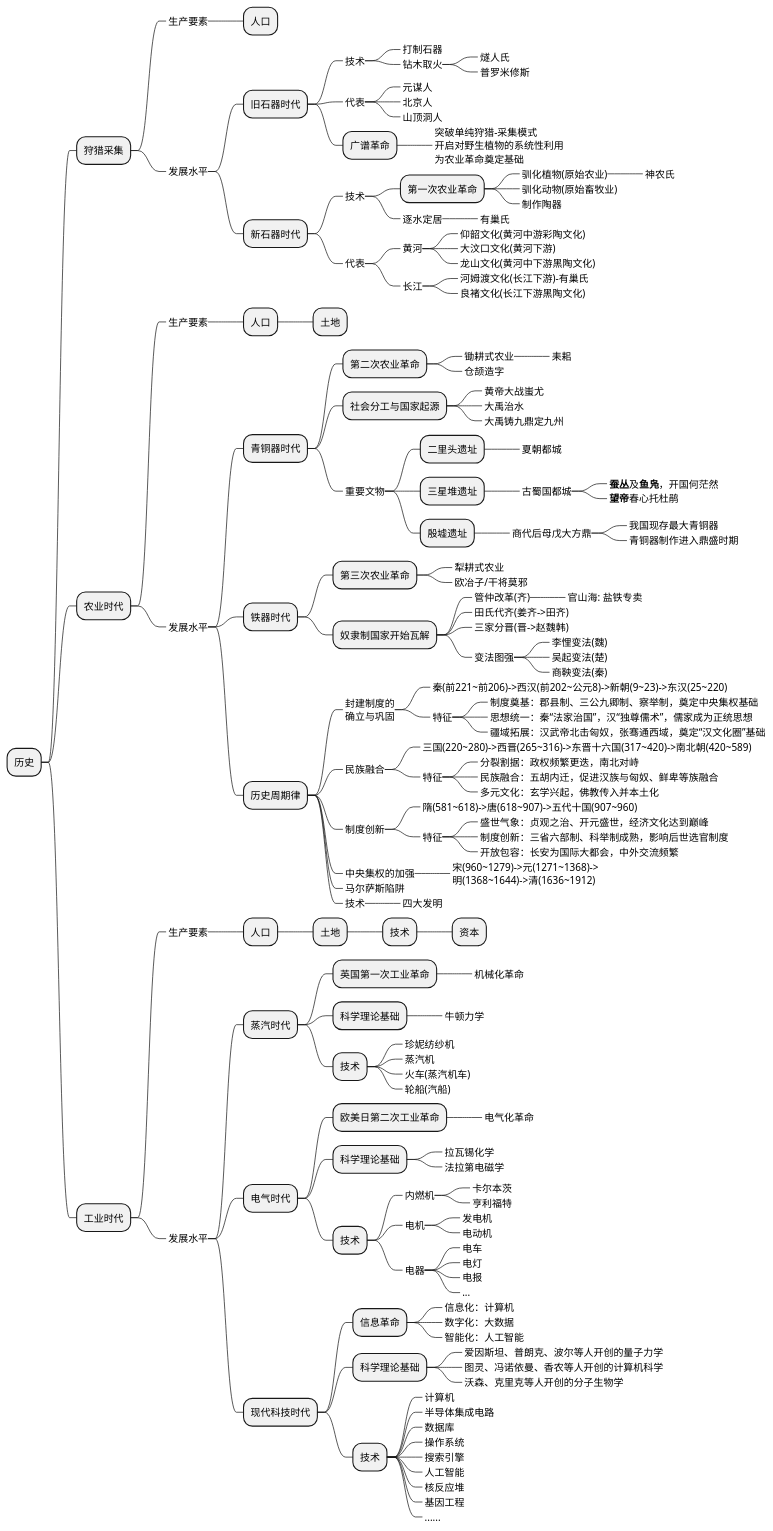
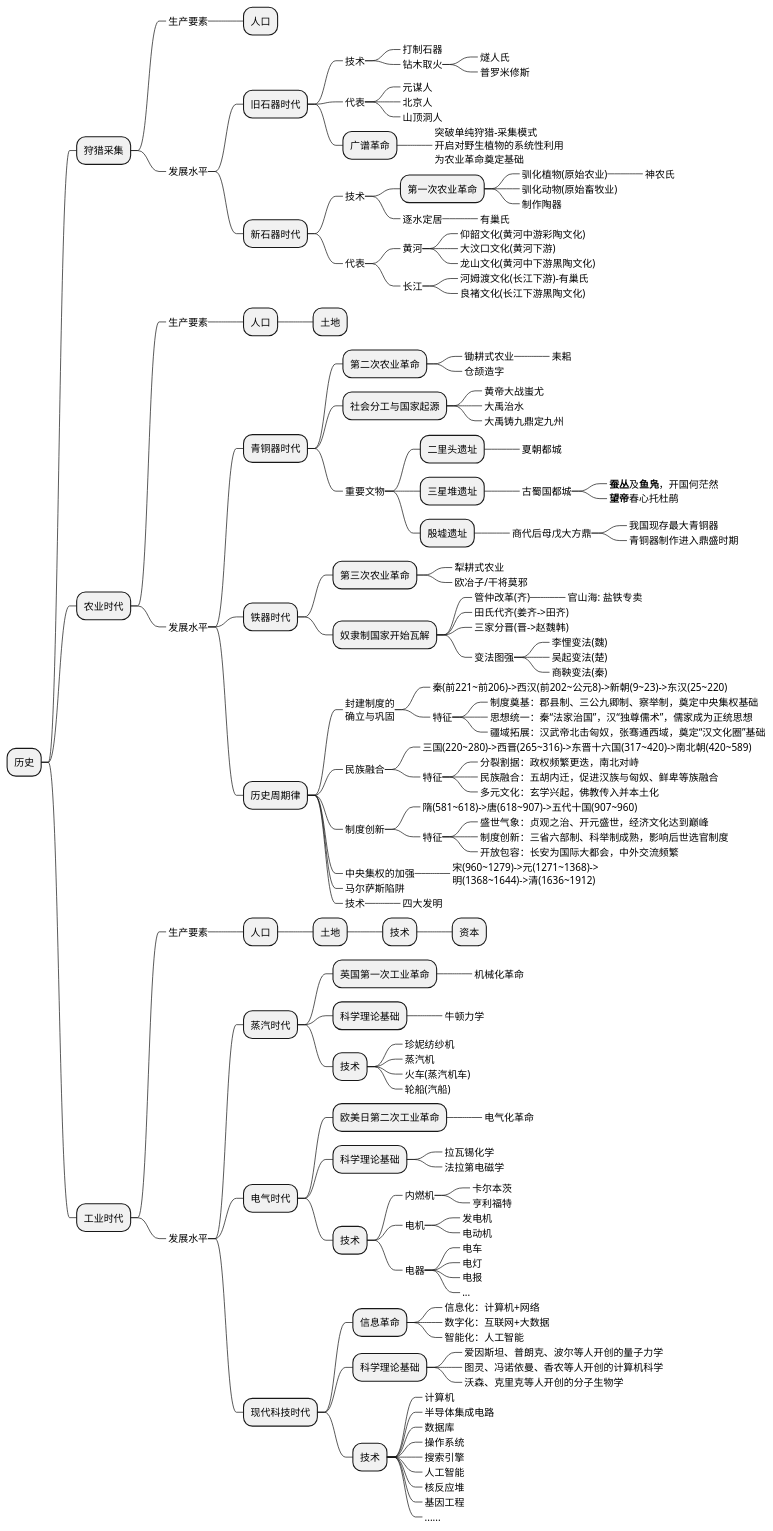
One commit to holmofy/blog.hufeifei.cn changed the first of 2 diagrams in source/_posts/economic/economic_and_history.md. Above: the diagram before and after it, drawn with PlantUML.

```diff
--- a/source/_posts/economic/economic_and_history.md
+++ b/source/_posts/economic/economic_and_history.md
@@ -150,8 +150,8 @@
 +++++++_ ...
 ++++ 现代科技时代
 +++++ 信息革命
-++++++_ 信息化：计算机
-++++++_ 数字化：大数据
+++++++_ 信息化：计算机+网络
+++++++_ 数字化：互联网+大数据
 ++++++_ 智能化：人工智能
 +++++ 科学理论基础
 ++++++_ 爱因斯坦、普朗克、波尔等人开创的量子力学
```
